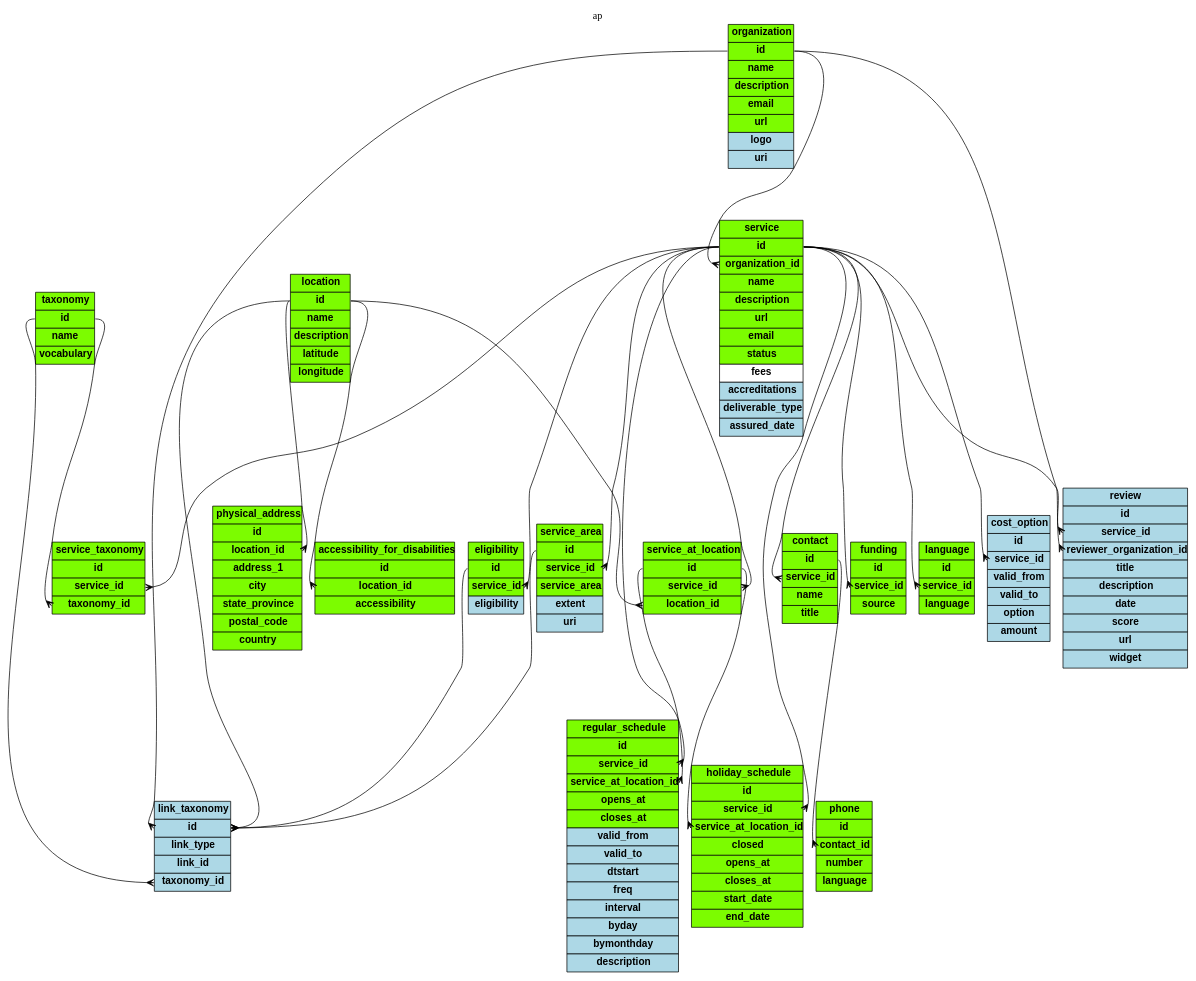
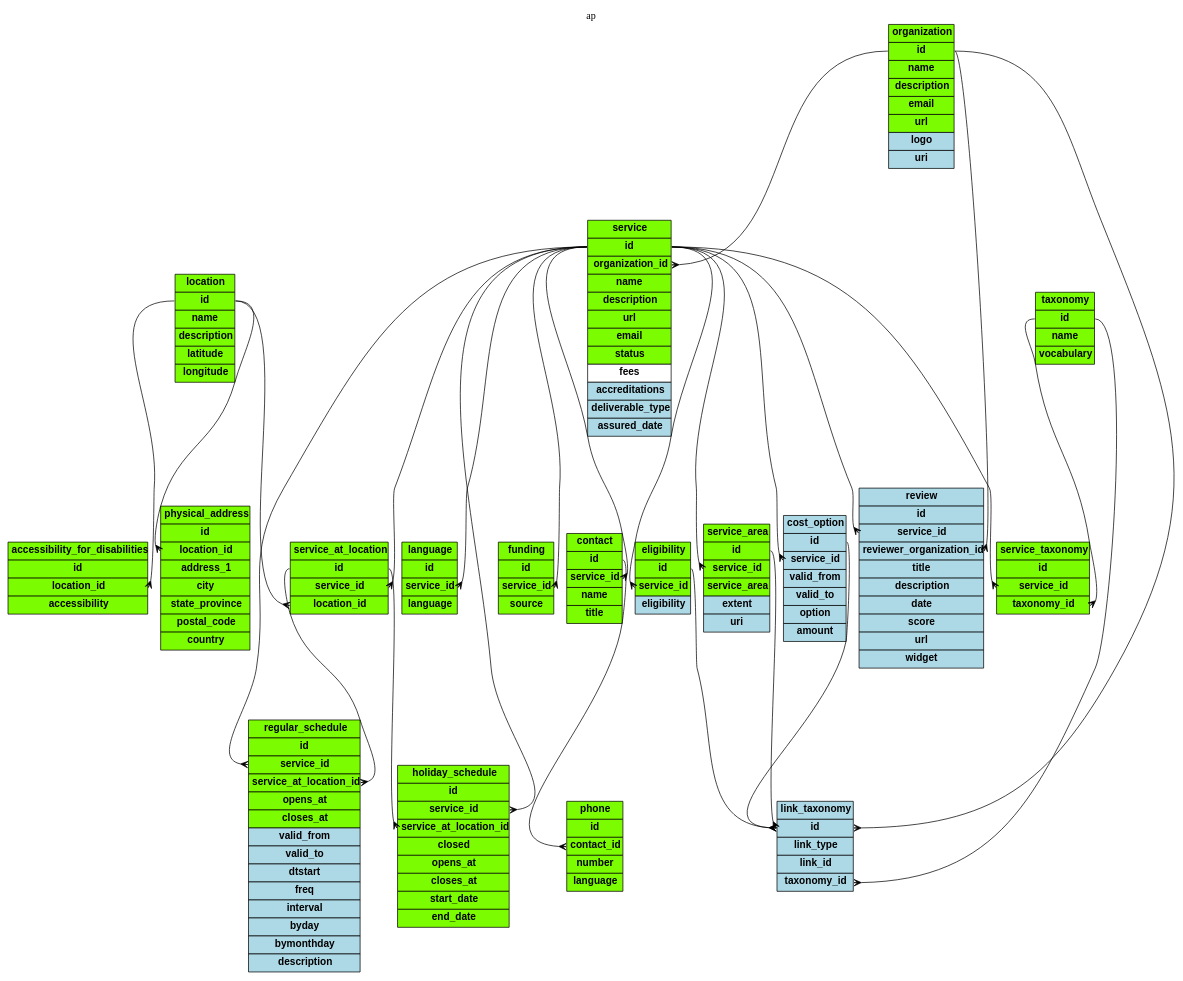
Before and after one commit to OpenReferralUK/human-services: the diagram in Resources/ApplicationProfileERD.gv, drawn with Graphviz. The commit also changed 26 other files, not shown here.

```diff
--- a/Resources/ApplicationProfileERD.gv
+++ b/Resources/ApplicationProfileERD.gv
@@ -287,7 +287,7 @@
 
 eligibility:id -> link_taxonomy:id;
 service_area:id -> link_taxonomy:id;
-location:id -> link_taxonomy:id;
+cost_option:id -> link_taxonomy:id;
 organization:id -> link_taxonomy:id;
 taxonomy:id -> link_taxonomy:taxonomy_id;
 
```
